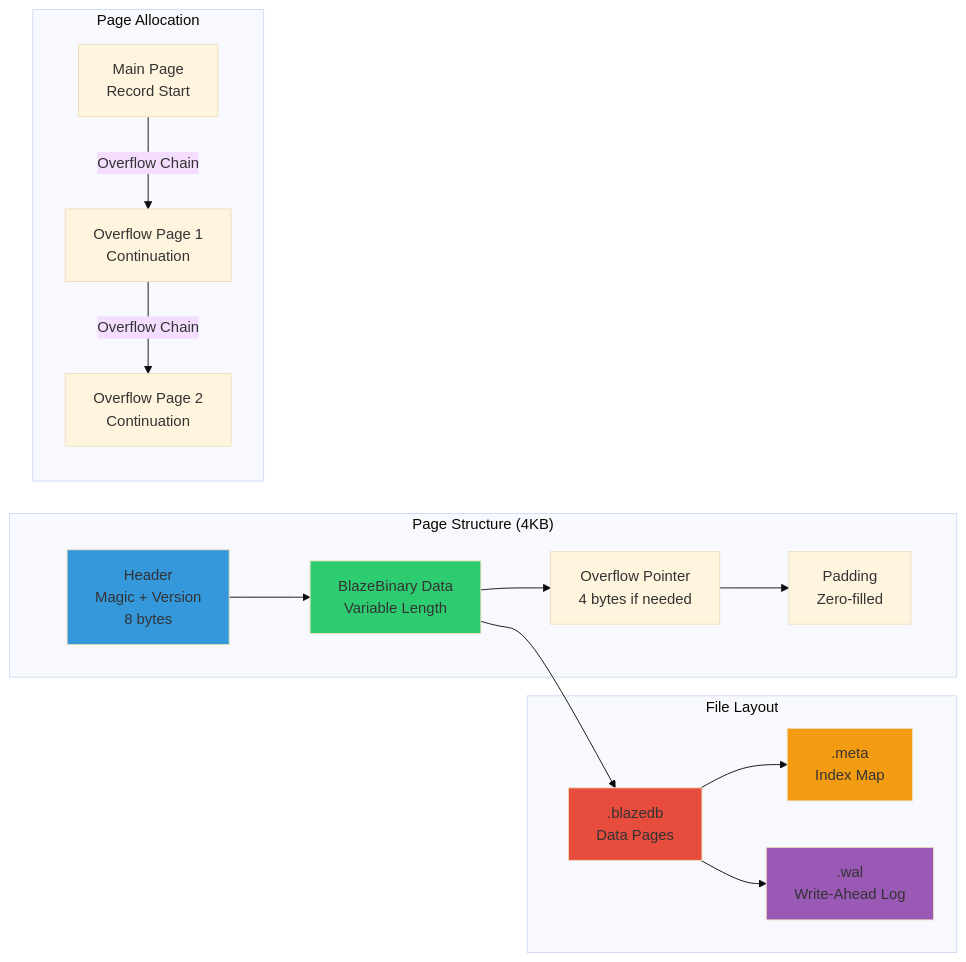
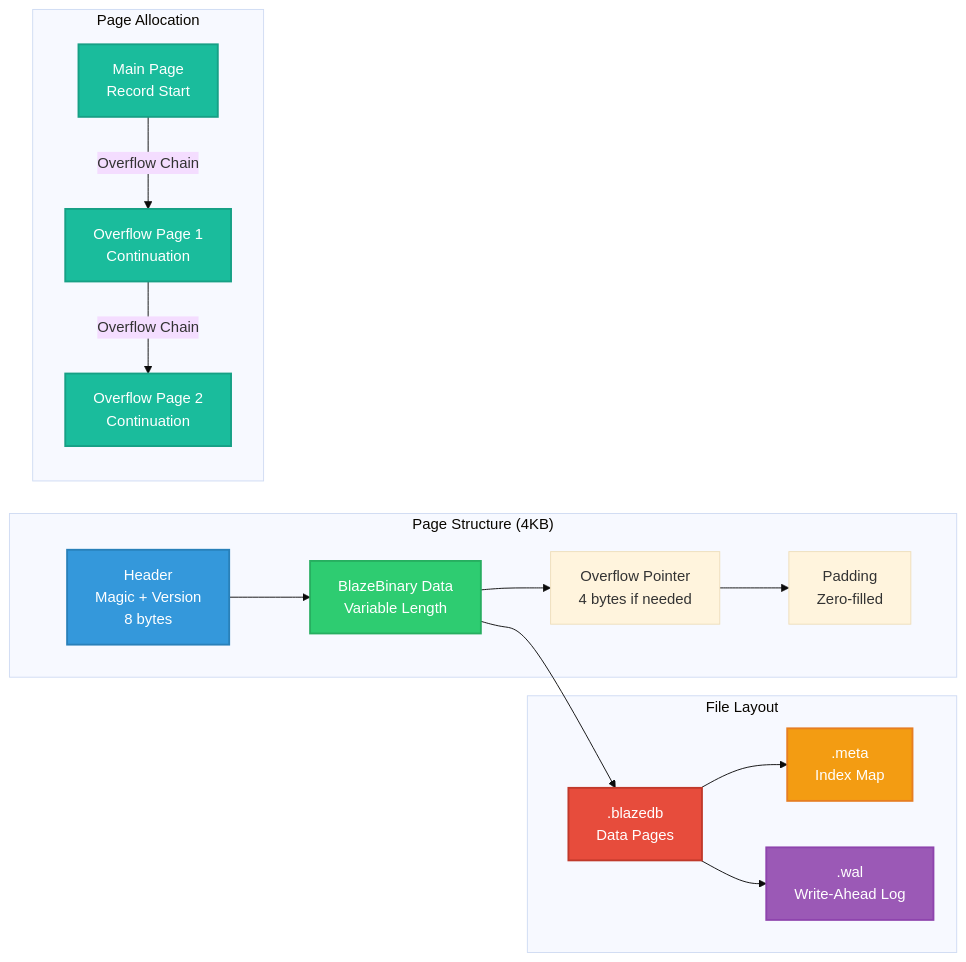
Before and after one commit to Mikedan37/BlazeDB: the second of 8 diagrams in README.md, drawn with Mermaid (base theme). The commit also changed other lines of this file, not shown here.

First line of the commit message:
Fix Mermaid diagram syntax errors and improve styling

````diff
--- a/README.md
+++ b/README.md
@@ -386,38 +393,46 @@
 ```mermaid
 graph LR
-    subgraph "Page Structure (4KB)"
-        P1[Header<br/>Magic + Version<br/>8 bytes]
-        P2[BlazeBinary Data<br/>Variable Length]
-        P3[Overflow Pointer<br/>4 bytes if needed]
-        P4[Padding<br/>Zero-filled]
+    subgraph PageStruct["Page Structure (4KB)"]
+        P1["Header<br/>Magic + Version<br/>8 bytes"]
+        P2["BlazeBinary Data<br/>Variable Length"]
+        P3["Overflow Pointer<br/>4 bytes if needed"]
+        P4["Padding<br/>Zero-filled"]
     end
     
-    subgraph "File Layout"
-        F1[.blazedb<br/>Data Pages]
-        F2[.meta<br/>Index Map]
-        F3[.wal<br/>Write-Ahead Log]
+    subgraph FileLayout["File Layout"]
+        F1[".blazedb<br/>Data Pages"]
+        F2[".meta<br/>Index Map"]
+        F3[".wal<br/>Write-Ahead Log"]
     end
     
-    subgraph "Page Allocation"
-        PA1[Main Page<br/>Record Start]
-        PA2[Overflow Page 1<br/>Continuation]
-        PA3[Overflow Page 2<br/>Continuation]
+    subgraph PageAlloc["Page Allocation"]
+        PA1["Main Page<br/>Record Start"]
+        PA2["Overflow Page 1<br/>Continuation"]
+        PA3["Overflow Page 2<br/>Continuation"]
     end
     
     P1 --> P2
     P2 --> P3
     P3 --> P4
     
     P2 --> F1
     F1 --> F2
     F1 --> F3
     
-    PA1 -->|Overflow Chain| PA2
-    PA2 -->|Overflow Chain| PA3
+    PA1 -->|"Overflow Chain"| PA2
+    PA2 -->|"Overflow Chain"| PA3
     
-    style P1 fill:#3498db
-    style P2 fill:#2ecc71
-    style F1 fill:#e74c3c
-    style F2 fill:#f39c12
-    style F3 fill:#9b59b6
+    classDef header fill:#3498db,stroke:#2980b9,stroke-width:2px,color:#fff
+    classDef data fill:#2ecc71,stroke:#27ae60,stroke-width:2px,color:#fff
+    classDef file fill:#e74c3c,stroke:#c0392b,stroke-width:2px,color:#fff
+    classDef meta fill:#f39c12,stroke:#e67e22,stroke-width:2px,color:#fff
+    classDef wal fill:#9b59b6,stroke:#8e44ad,stroke-width:2px,color:#fff
+    classDef page fill:#1abc9c,stroke:#16a085,stroke-width:2px,color:#fff
+    
+    class P1 header
+    class P2 data
+    class F1 file
+    class F2 meta
+    class F3 wal
+    class PA1,PA2,PA3 page
 ```
````
